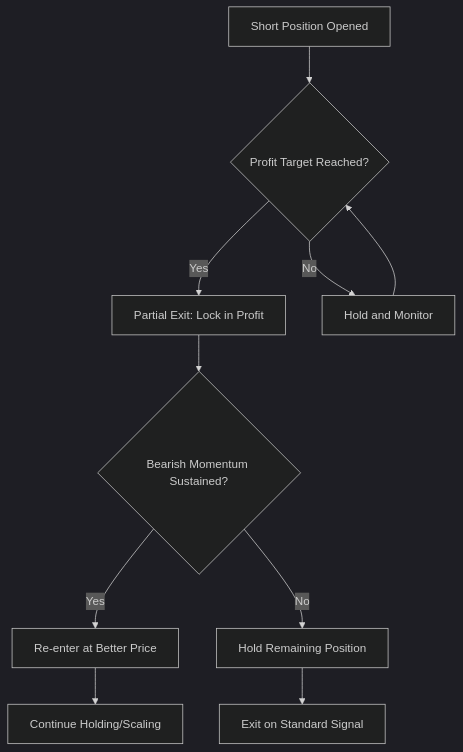
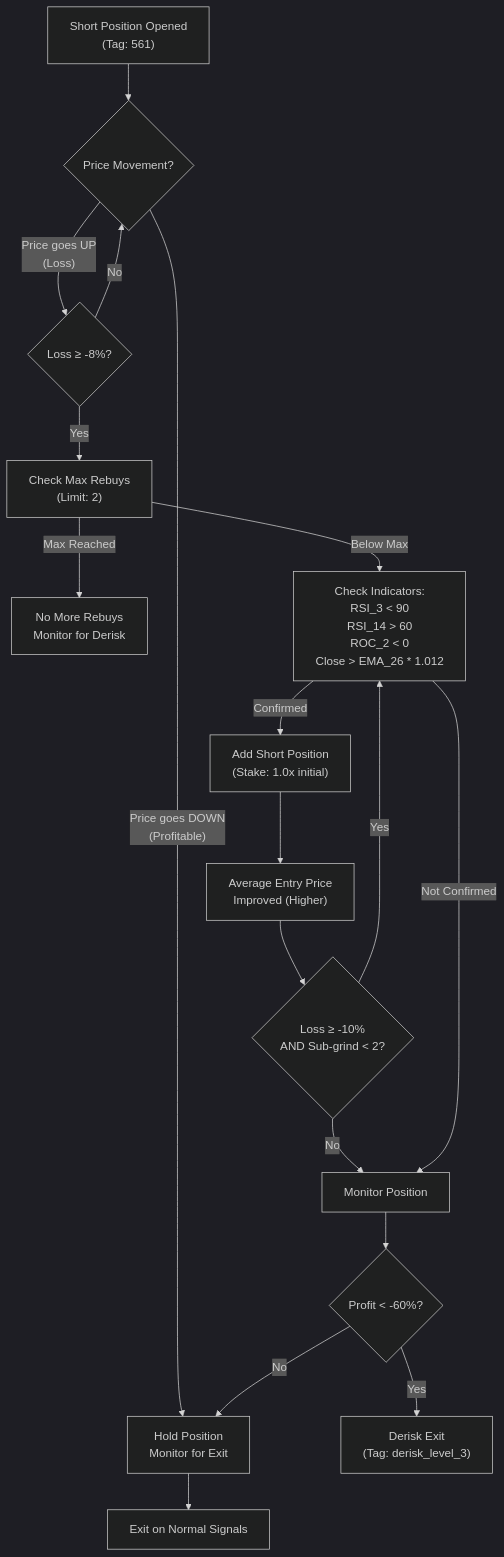
The first of 2 diagrams in docs/trading-modes/short-trading-modes/short-rebuy-mode.md (iterativv/NostalgiaForInfinity), drawn with Mermaid (dark theme) before and after one commit. The commit also changed other lines of this file, not shown here.

Commit message:
modified:   docs/trading-modes/short-trading-modes/short-rebuy-mode.md

````diff
--- a/docs/trading-modes/short-trading-modes/short-rebuy-mode.md
+++ b/docs/trading-modes/short-trading-modes/short-rebuy-mode.md
@@ -40,12 +52,20 @@
 ```mermaid
 flowchart TD
-A["Short Position Opened"] --> B{"Profit Target Reached?"}
-B --> |Yes| C["Partial Exit: Lock in Profit"]
-C --> D{"Bearish Momentum Sustained?"}
-D --> |Yes| E["Re-enter at Better Price"]
-E --> F["Continue Holding/Scaling"]
-D --> |No| G["Hold Remaining Position"]
-G --> H["Exit on Standard Signal"]
-B --> |No| I["Hold and Monitor"]
-I --> B
+A["Short Position Opened<br/>(Tag: 561)"] --> B{"Price Movement?"}
+B --> |"Price goes DOWN<br/>(Profitable)"| C["Hold Position<br/>Monitor for Exit"]
+B --> |"Price goes UP<br/>(Loss)"| D{"Loss ≥ -8%?"}
+D --> |No| B
+D --> |Yes| E["Check Max Rebuys<br/>(Limit: 2)"]
+E --> |"Max Reached"| F["No More Rebuys<br/>Monitor for Derisk"]
+E --> |"Below Max"| G["Check Indicators:<br/>RSI_3 < 90<br/>RSI_14 > 60<br/>ROC_2 < 0<br/>Close > EMA_26 * 1.012"]
+G --> |"Confirmed"| H["Add Short Position<br/>(Stake: 1.0x initial)"]
+H --> I["Average Entry Price<br/>Improved (Higher)"]
+I --> J{"Loss ≥ -10%<br/>AND Sub-grind < 2?"}
+J --> |Yes| G
+J --> |No| K["Monitor Position"]
+G --> |"Not Confirmed"| K
+K --> L{"Profit < -60%?"}
+L --> |Yes| M["Derisk Exit<br/>(Tag: derisk_level_3)"]
+L --> |No| C
+C --> N["Exit on Normal Signals"]
 ```
````
